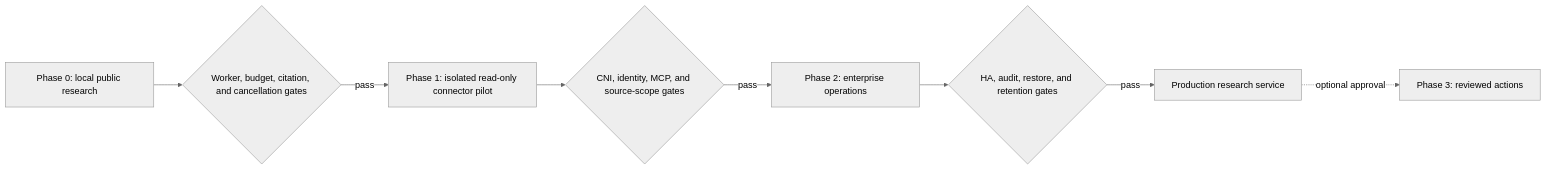
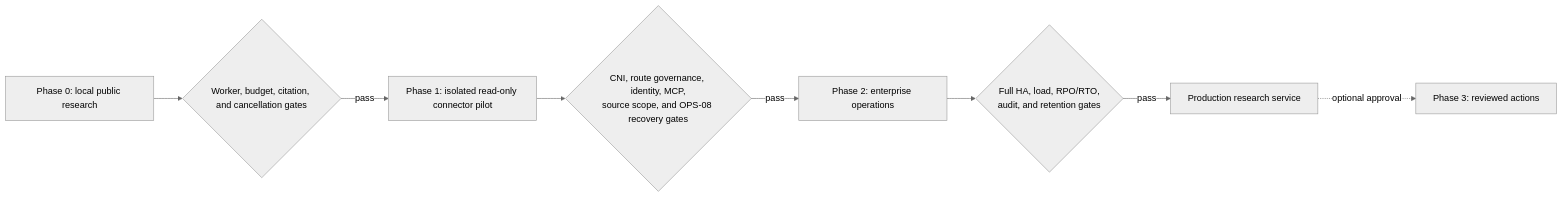
The first of 10 diagrams in docs/design/deployment-and-operations.md (gvaibhav/openshell-deep-research-platform), drawn with Mermaid (neutral theme) before and after one commit. The commit also changed other lines of this file and 48 other files, not shown here.

````diff
--- a/docs/design/deployment-and-operations.md
+++ b/docs/design/deployment-and-operations.md
@@ -13,10 +13,10 @@
 ```mermaid
 flowchart LR
     P0["Phase 0: local public research"] --> G0{"Worker, budget, citation, and cancellation gates"}
     G0 -->|pass| P1["Phase 1: isolated read-only connector pilot"]
-    P1 --> G1{"CNI, identity, MCP, and source-scope gates"}
+    P1 --> G1{"CNI, route governance, identity, MCP,<br/>source scope, and OPS-08 recovery gates"}
     G1 -->|pass| P2["Phase 2: enterprise operations"]
-    P2 --> G2{"HA, audit, restore, and retention gates"}
+    P2 --> G2{"Full HA, load, RPO/RTO,<br/>audit, and retention gates"}
     G2 -->|pass| Prod["Production research service"]
     Prod -. optional approval .-> P3["Phase 3: reviewed actions"]
 ```
````
